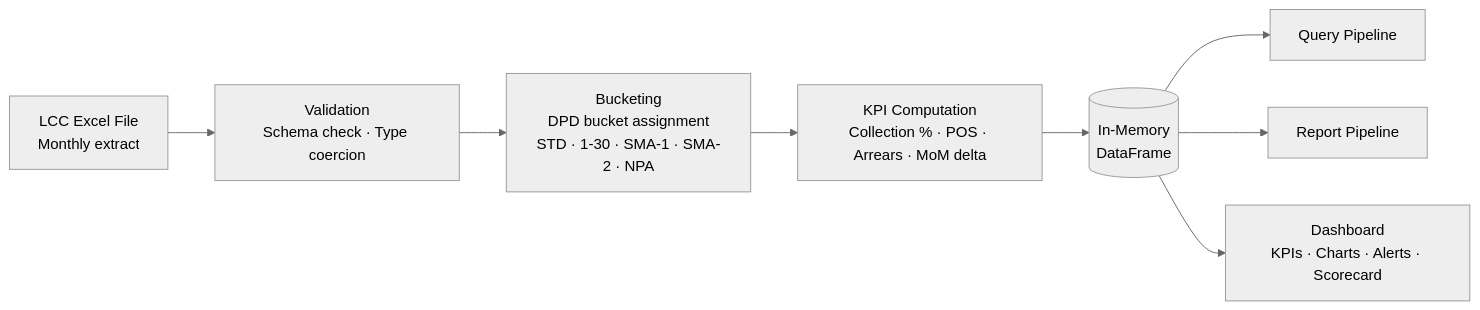
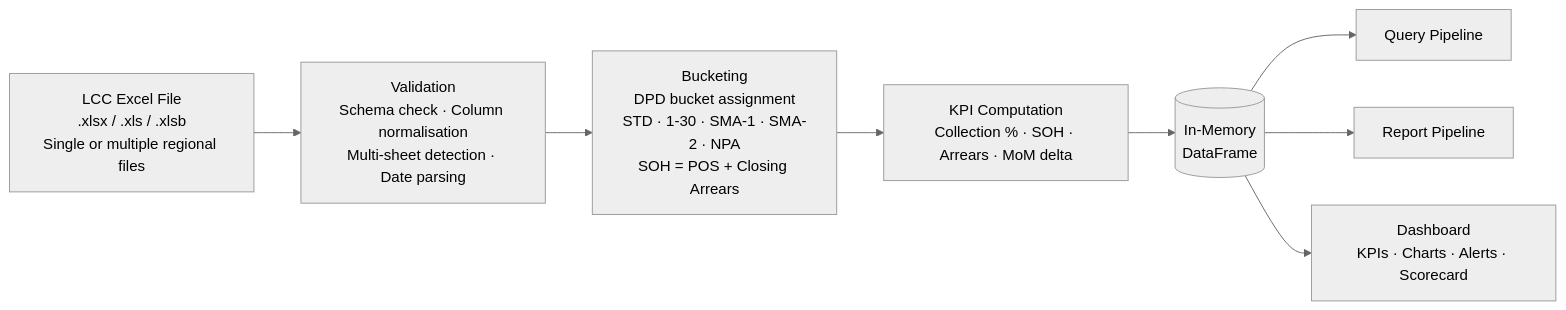
Before and after one commit to Sanjay-00/CollectionIQ: the third of 3 diagrams in README.md, drawn with Mermaid (neutral theme). The commit also changed other lines of this file, not shown here.

````diff
--- a/README.md
+++ b/README.md
@@ -223,10 +225,10 @@
 ```mermaid
 flowchart LR
-    XL["LCC Excel File\nMonthly extract"] --> VAL["Validation\nSchema check · Type coercion"]
-    VAL --> BK["Bucketing\nDPD bucket assignment\nSTD · 1-30 · SMA-1 · SMA-2 · NPA"]
-    BK --> KPI["KPI Computation\nCollection % · POS · Arrears · MoM delta"]
+    XL["LCC Excel File\n.xlsx / .xls / .xlsb\nSingle or multiple regional files"] --> VAL["Validation\nSchema check · Column normalisation\nMulti-sheet detection · Date parsing"]
+    VAL --> BK["Bucketing\nDPD bucket assignment\nSTD · 1-30 · SMA-1 · SMA-2 · NPA\nSOH = POS + Closing Arrears"]
+    BK --> KPI["KPI Computation\nCollection % · SOH · Arrears · MoM delta"]
     KPI --> DF[("In-Memory\nDataFrame")]
     DF --> QP2["Query Pipeline"]
     DF --> RP2["Report Pipeline"]
     DF --> DB["Dashboard\nKPIs · Charts · Alerts · Scorecard"]
 ```
````
